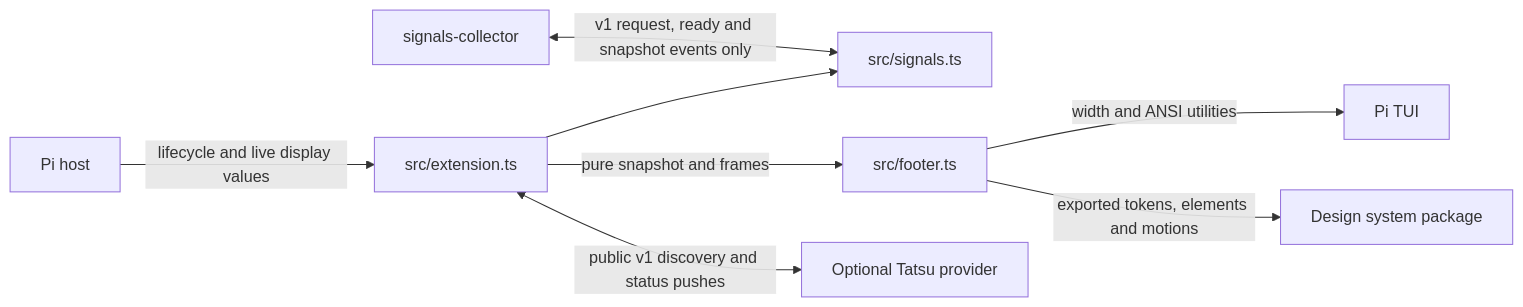
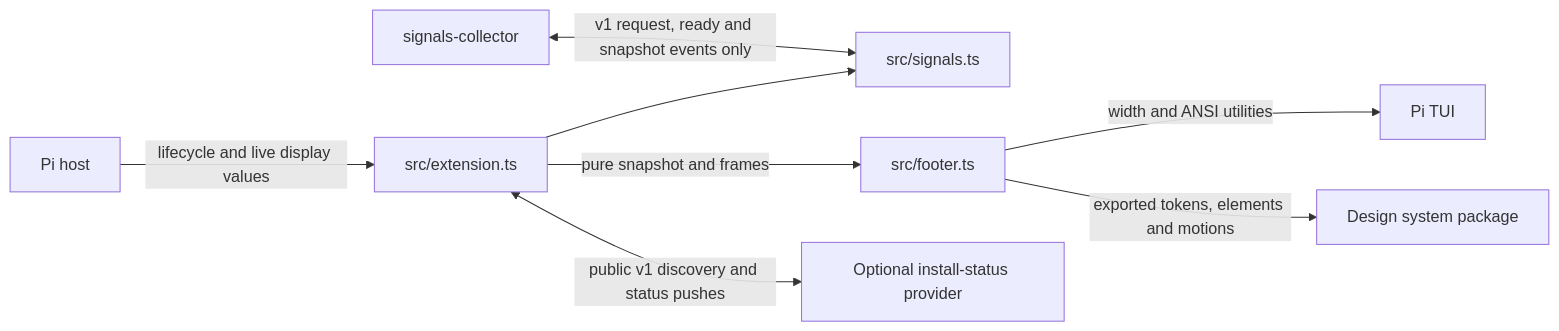
One commit to jigenator/industrial-os changed the diagram in pi/status-bar/docs/architecture.md. Above: the diagram before and after it, drawn with Mermaid. The commit also changed other lines of this file and 11 other files, not shown here.

Commit message:
status-bar: use neutral install-status names; keep the provider's event contract

````diff
--- a/pi/status-bar/docs/architecture.md
+++ b/pi/status-bar/docs/architecture.md
@@ -8,10 +8,10 @@
 ```mermaid
 flowchart LR
   Host[Pi host] -->|lifecycle and live display values| Extension[src/extension.ts]
   Collector[signals-collector] <-->|v1 request, ready and snapshot events only| Signals[src/signals.ts]
   Extension --> Signals
   Extension -->|pure snapshot and frames| Footer[src/footer.ts]
-  Extension <-->|public v1 discovery and status pushes| Tatsu[Optional Tatsu provider]
+  Extension <-->|public v1 discovery and status pushes| Install[Optional install-status provider]
   Footer -->|width and ANSI utilities| TUI[Pi TUI]
   Footer -->|exported tokens, elements and motions| DS[Design system package]
 ```
````
